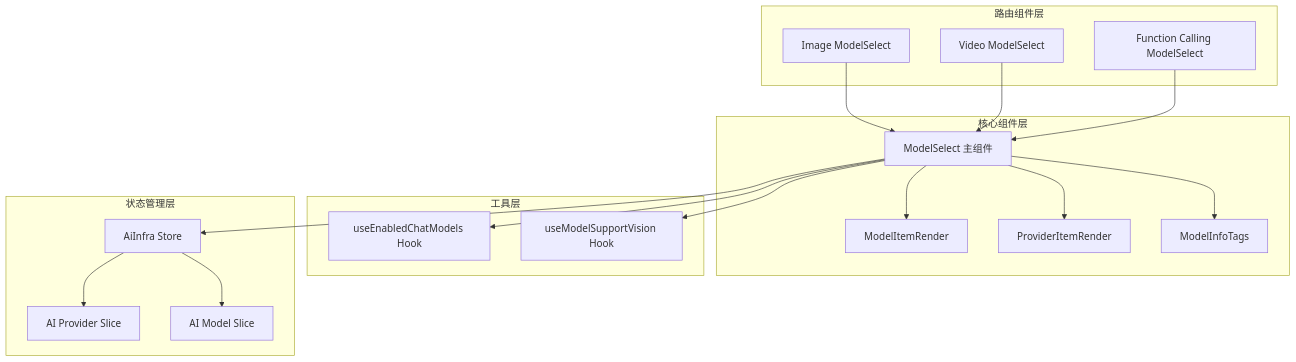
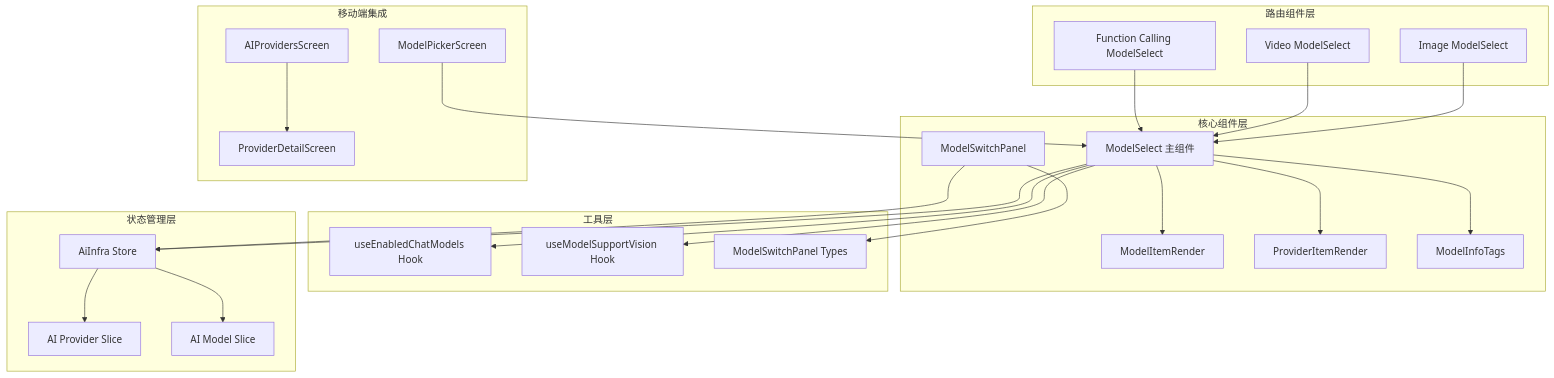
One commit to AvatoLabs/avato changed the first of 12 diagrams in .qoder/repowiki/zh/content/核心功能模块/模型选择器增强.md. Above: the diagram before and after it, drawn with Mermaid. The commit also changed other lines of this file and 23 other files, not shown here.

````diff
--- a/.qoder/repowiki/zh/content/核心功能模块/模型选择器增强.md
+++ b/.qoder/repowiki/zh/content/核心功能模块/模型选择器增强.md
@@ -45,34 +65,45 @@
 ```mermaid
 graph TB
 subgraph "核心组件层"
 MS[ModelSelect 主组件]
 MIR[ModelItemRender]
 PIR[ProviderItemRender]
 MIT[ModelInfoTags]
+MSP[ModelSwitchPanel]
 end
 subgraph "路由组件层"
 IMS[Image ModelSelect]
 VMS[Video ModelSelect]
 FMS[Function Calling ModelSelect]
 end
 subgraph "工具层"
 UECM[useEnabledChatModels Hook]
 UMV[useModelSupportVision Hook]
+MST[ModelSwitchPanel Types]
 end
 subgraph "状态管理层"
 AIS[AiInfra Store]
 AS[AI Provider Slice]
 AMS[AI Model Slice]
 end
+subgraph "移动端集成"
+MPS[ModelPickerScreen]
+APS[AIProvidersScreen]
+PDS[ProviderDetailScreen]
+end
 MS --> MIR
 MS --> PIR
 MS --> MIT
+MSP --> MST
 IMS --> MS
 VMS --> MS
 FMS --> MS
 MS --> UECM
 MS --> UMV
 MS --> AIS
+MSP --> AIS
 AIS --> AS
 AIS --> AMS
+MPS --> MS
+APS --> PDS
 ```
````
